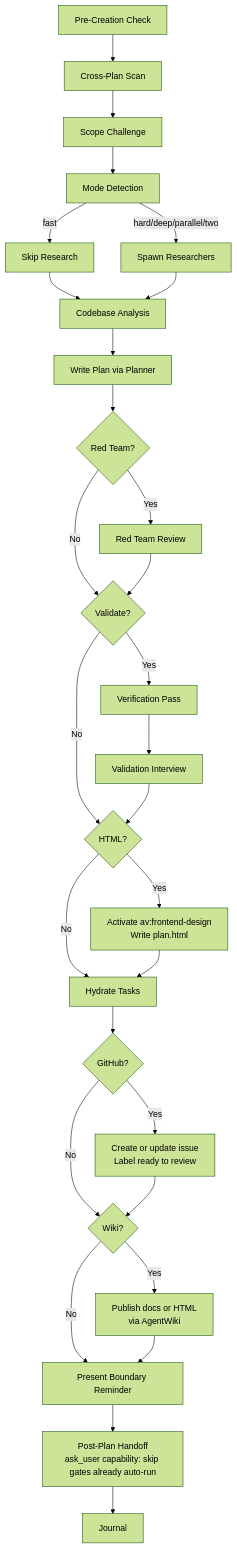
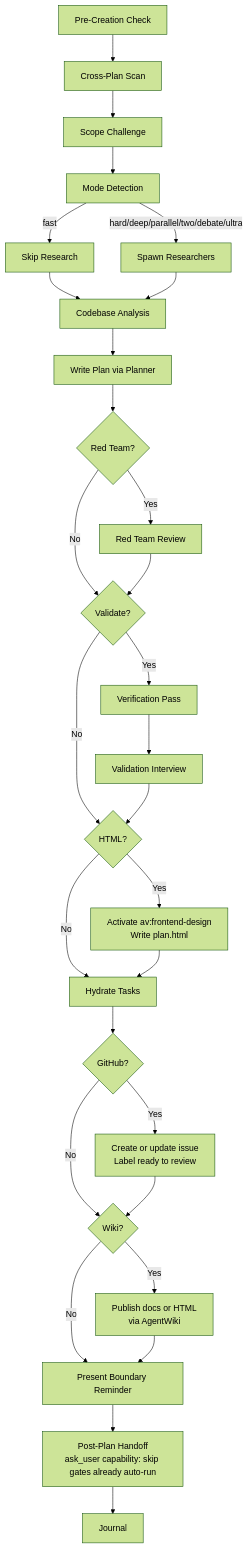
One commit to bavanchun/ariadnev-kit changed the diagram in kit/skills/plan/SKILL.md. Above: the diagram before and after it, drawn with Mermaid (forest theme). The commit also changed other lines of this file and 259 other files, not shown here.

````diff
--- a/kit/skills/plan/SKILL.md
+++ b/kit/skills/plan/SKILL.md
@@ -102,31 +122,31 @@
 ```mermaid
 flowchart TD
     A[Pre-Creation Check] --> B[Cross-Plan Scan]
     B --> C[Scope Challenge]
     C --> D[Mode Detection]
     D -->|fast| E[Skip Research]
-    D -->|hard/deep/parallel/two| F[Spawn Researchers]
+    D -->|hard/deep/parallel/two/debate/ultra| F[Spawn Researchers]
     E --> G[Codebase Analysis]
     F --> G
     G --> H[Write Plan via Planner]
     H --> I{Red Team?}
     I -->|Yes| J[Red Team Review]
     I -->|No| K{Validate?}
     J --> K
     K -->|Yes| V[Verification Pass]
     K -->|No| X{HTML?}
     V --> L[Validation Interview]
     L --> X
     X -->|Yes| Y[Activate av:frontend-design<br/>Write plan.html]
     X -->|No| M[Hydrate Tasks]
     Y --> M
     M --> Q{GitHub?}
     Q -->|Yes| R[Create or update issue<br/>Label ready to review]
     Q -->|No| W{Wiki?}
     R --> W
     W -->|Yes| S[Publish docs or HTML<br/>via AgentWiki]
     W -->|No| N[Present Boundary Reminder]
     S --> N
     N --> P[Post-Plan Handoff<br/>ask_user capability: skip gates already auto-run]
     P --> O[Journal]
 ```
````
